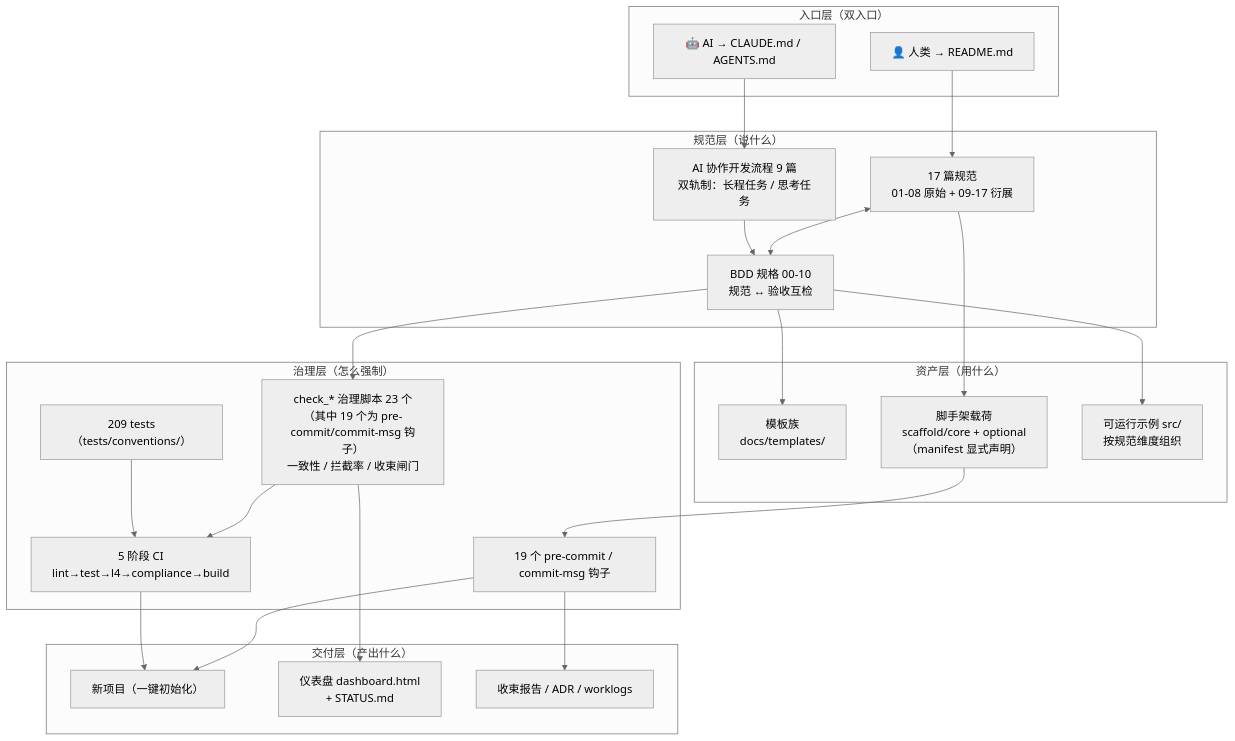
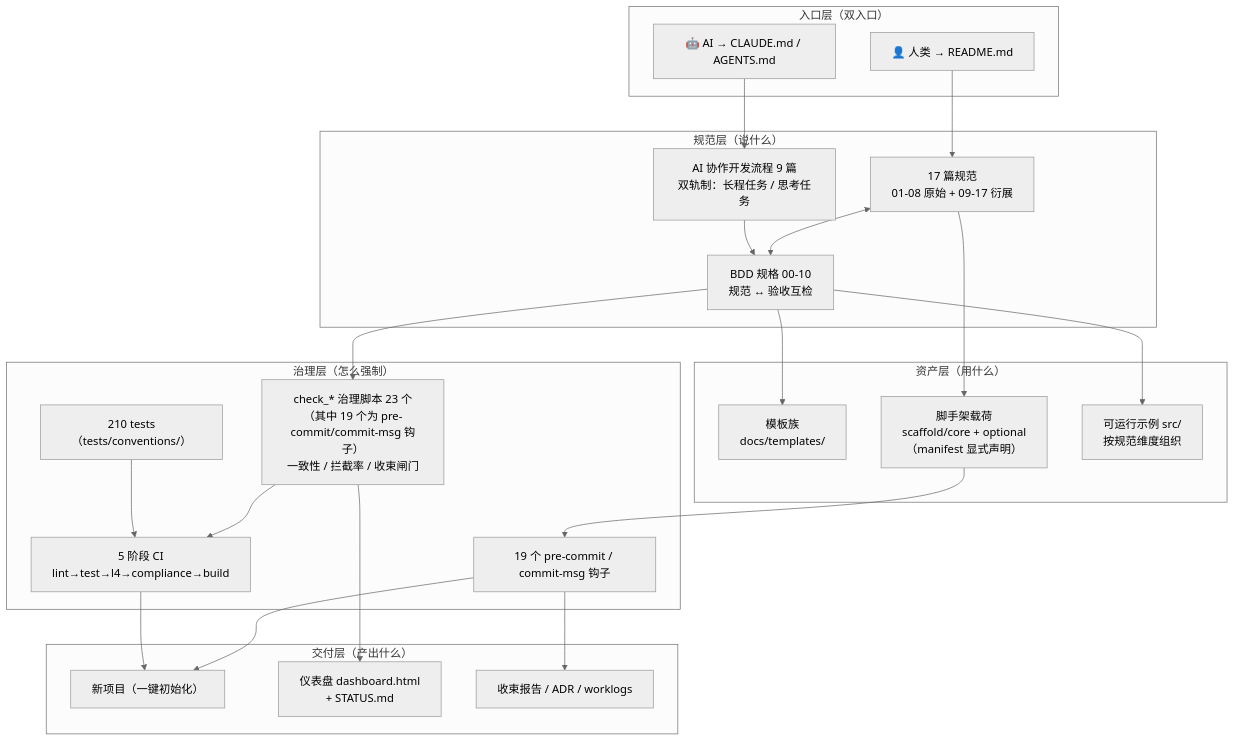
One commit to xiangbianpangde/devguard changed the first of 5 diagrams in docs/plan/项目介绍-PRD.md. Above: the diagram before and after it, drawn with Mermaid (neutral theme). The commit also changed other lines of this file and 5 other files, not shown here.

````diff
--- a/docs/plan/项目介绍-PRD.md
+++ b/docs/plan/项目介绍-PRD.md
@@ -29,48 +29,48 @@
 ```mermaid
 flowchart TB
     subgraph L1["入口层（双入口）"]
         H1["👤 人类 → README.md"]
         A1["🤖 AI → CLAUDE.md / AGENTS.md"]
     end
 
     subgraph L2["规范层（说什么）"]
         C1["17 篇规范<br/>01-08 原始 + 09-17 衍展"]
         C2["AI 协作开发流程 9 篇<br/>双轨制：长程任务 / 思考任务"]
         C3["BDD 规格 00-10<br/>规范 ↔ 验收互检"]
     end
 
     subgraph L3["资产层（用什么）"]
         T1["模板族<br/>docs/templates/"]
         T2["脚手架载荷<br/>scaffold/core + optional<br/>（manifest 显式声明）"]
         T3["可运行示例 src/<br/>按规范维度组织"]
     end
 
     subgraph L4["治理层（怎么强制）"]
         G1["19 个 pre-commit / commit-msg 钩子"]
         G2["5 阶段 CI<br/>lint→test→l4→compliance→build"]
         G3["check_* 治理脚本 23 个（其中 19 个为 pre-commit/commit-msg 钩子）<br/>一致性 / 拦截率 / 收束闸门"]
-        G4["209 tests（tests/conventions/）"]
+        G4["210 tests（tests/conventions/）"]
     end
 
     subgraph L5["交付层（产出什么）"]
         D1["新项目（一键初始化）"]
         D2["仪表盘 dashboard.html<br/>+ STATUS.md"]
         D3["收束报告 / ADR / worklogs"]
     end
 
     H1 --> C1
     A1 --> C2
     C1 <--> C3
     C2 --> C3
     C3 --> T1
     C1 --> T2
     C3 --> T3
     T2 --> G1
     C3 --> G3
     G3 --> G2
     G4 --> G2
     G1 --> D1
     G2 --> D1
     G3 --> D2
     G1 --> D3
 ```
````
